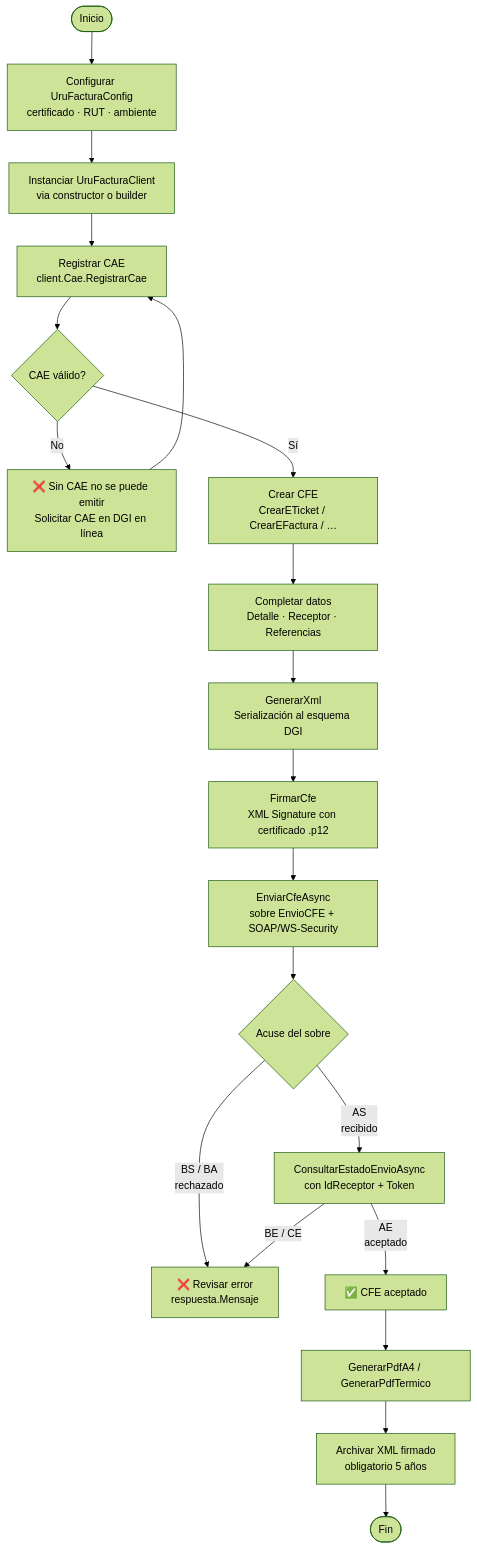
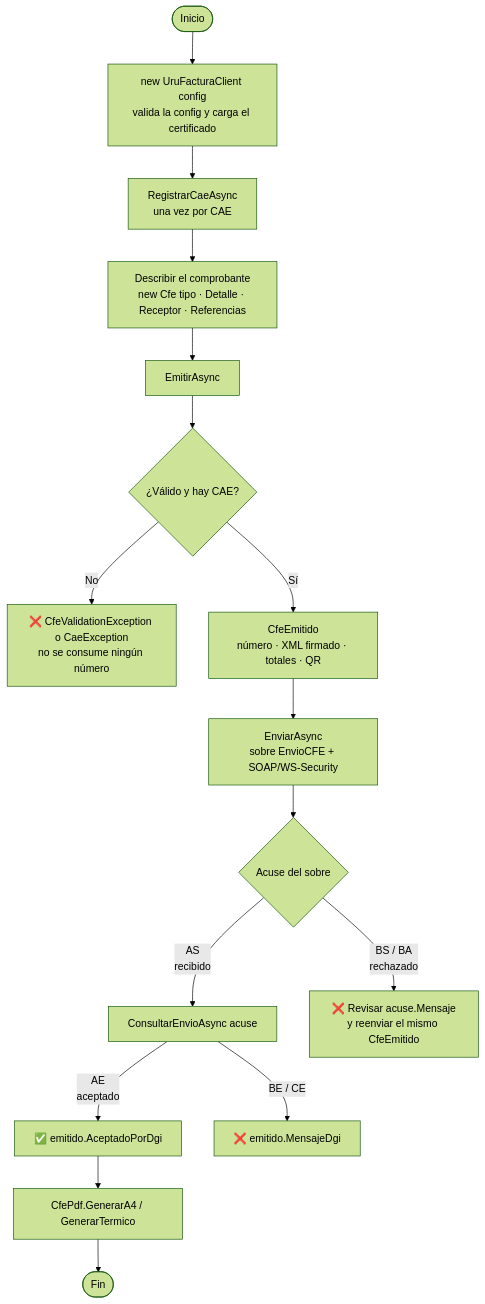
The first of 7 diagrams in landing/src/content/docs/guides/workflows.mdx (MathiasGonzalez/UruFactura), drawn with Mermaid (forest theme) before and after one commit. The commit also changed other lines of this file and 132 other files, not shown here.

First line of the commit message:
UruFactura 2.0: API simplificada y documentación alineada con el código

````diff
--- a/landing/src/content/docs/guides/workflows.mdx
+++ b/landing/src/content/docs/guides/workflows.mdx
@@ -18,22 +18,18 @@
 ```mermaid
 flowchart TD
-    A([Inicio]) --> B[Configurar UruFacturaConfig\ncertificado · RUT · ambiente]
-    B --> C[Instanciar UruFacturaClient\nvia constructor o builder]
-    C --> D[Registrar CAE\nclient.Cae.RegistrarCae]
-    D --> E{CAE válido?}
-    E -- No --> F[❌ Sin CAE no se puede emitir\nSolicitar CAE en DGI en línea]
-    F --> D
-    E -- Sí --> G[Crear CFE\nCrearETicket / CrearEFactura / …]
-    G --> H[Completar datos\nDetalle · Receptor · Referencias]
-    H --> I[GenerarXml\nSerialización al esquema DGI]
-    I --> J[FirmarCfe\nXML Signature con certificado .p12]
-    J --> K[EnviarCfeAsync\nsobre EnvioCFE + SOAP/WS-Security]
+    A([Inicio]) --> B[new UruFacturaClient config\nvalida la config y carga el certificado]
+    B --> C[RegistrarCaeAsync\nuna vez por CAE]
+    C --> G[Describir el comprobante\nnew Cfe tipo · Detalle · Receptor · Referencias]
+    G --> H[EmitirAsync]
+    H --> V{¿Válido y hay CAE?}
+    V -- No --> X[❌ CfeValidationException o CaeException\nno se consume ningún número]
+    V -- Sí --> E[CfeEmitido\nnúmero · XML firmado · totales · QR]
+    E --> K[EnviarAsync\nsobre EnvioCFE + SOAP/WS-Security]
     K --> L{Acuse del sobre}
-    L -- AS\nrecibido --> L2[ConsultarEstadoEnvioAsync\ncon IdReceptor + Token]
-    L -- BS / BA\nrechazado --> N[❌ Revisar error\nrespuesta.Mensaje]
-    L2 -- AE\naceptado --> M[✅ CFE aceptado]
-    L2 -- BE / CE --> N
-    M --> O[GenerarPdfA4 / GenerarPdfTermico]
-    O --> P[Archivar XML firmado\nobligatorio 5 años]
-    P --> Q([Fin])
+    L -- AS\nrecibido --> L2[ConsultarEnvioAsync acuse]
+    L -- BS / BA\nrechazado --> N[❌ Revisar acuse.Mensaje\ny reenviar el mismo CfeEmitido]
+    L2 -- AE\naceptado --> M[✅ emitido.AceptadoPorDgi]
+    L2 -- BE / CE --> N2[❌ emitido.MensajeDgi]
+    M --> O[CfePdf.GenerarA4 / GenerarTermico]
+    O --> Q([Fin])
 ```
````
